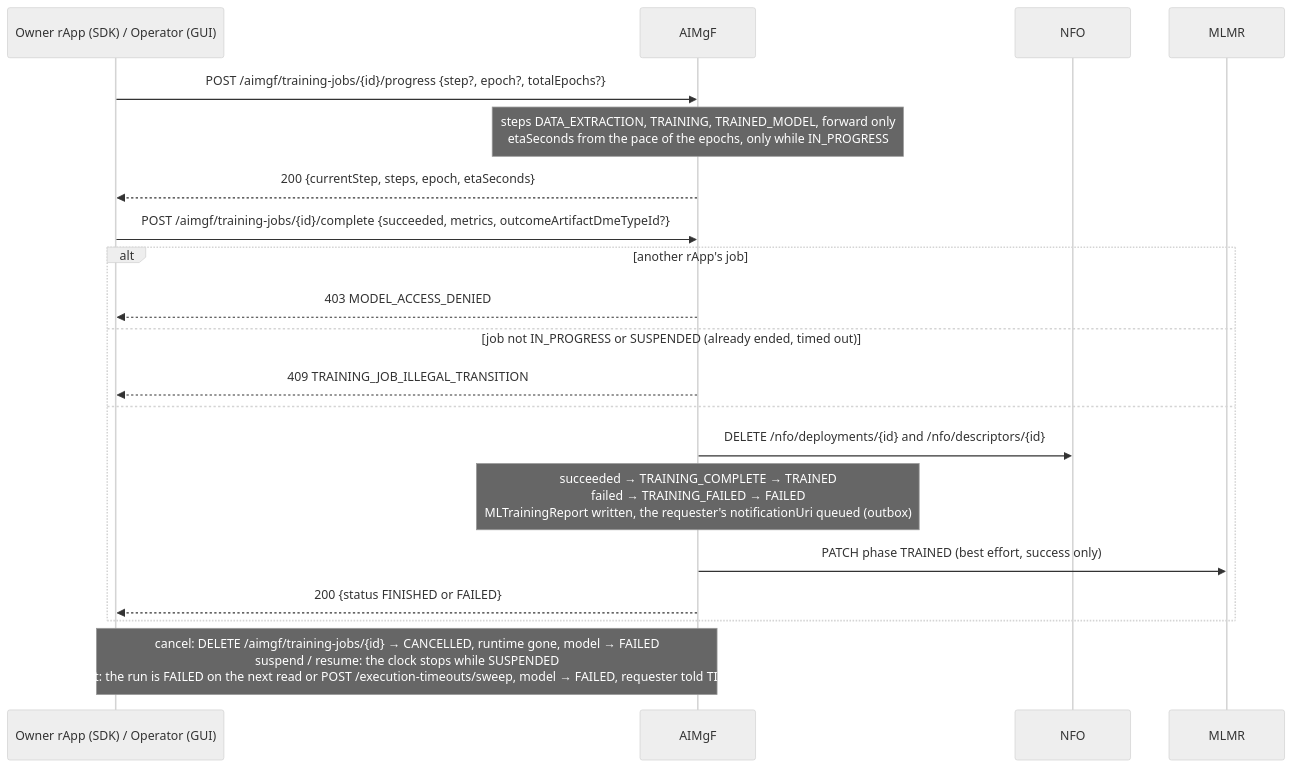
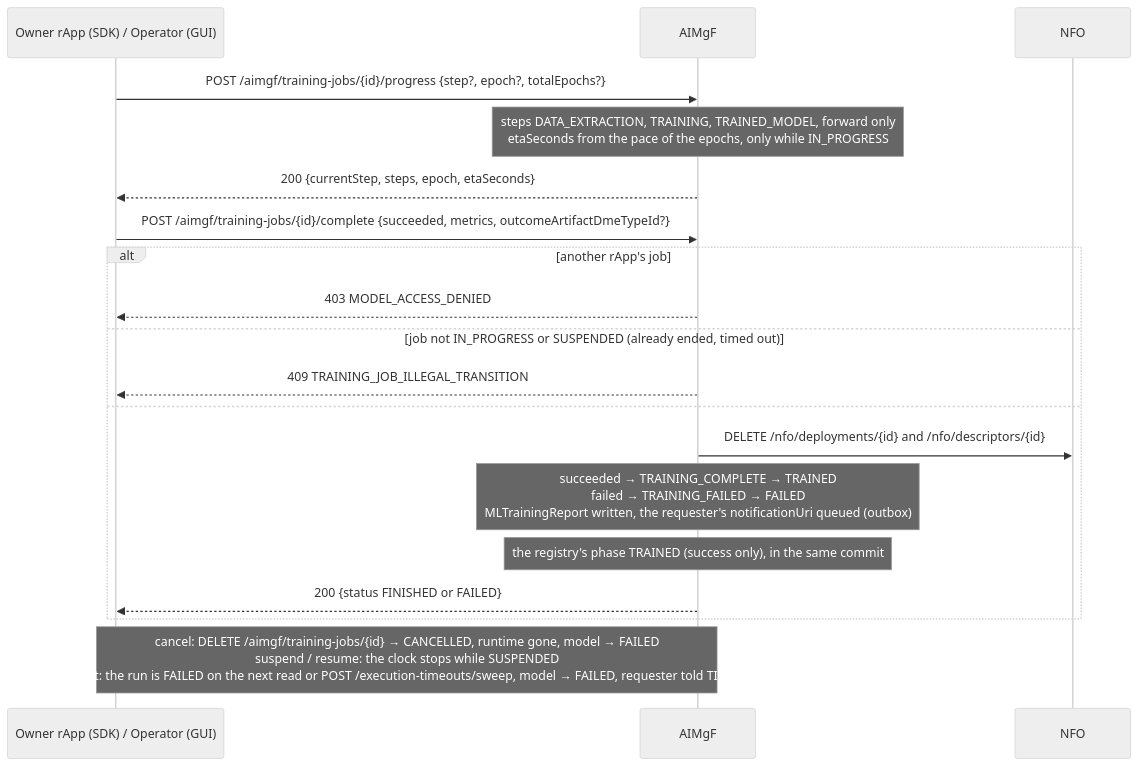
Before and after one commit to rsys-bshankar/ai-ran-smo: the second of 7 diagrams in smo/docs/call-flows/02-aiml-model-train-to-inference.md, drawn with Mermaid (neutral theme). The commit also changed other lines of this file and 265 other files, not shown here.

````diff
--- a/smo/docs/call-flows/02-aiml-model-train-to-inference.md
+++ b/smo/docs/call-flows/02-aiml-model-train-to-inference.md
@@ -97,25 +95,24 @@
 ```mermaid
 sequenceDiagram
     participant R as Owner rApp (SDK) / Operator (GUI)
     participant AIM as AIMgF
     participant NFO as NFO
-    participant MLMR as MLMR
 
     R->>AIM: POST /aimgf/training-jobs/{id}/progress {step?, epoch?, totalEpochs?}
     Note over AIM: steps DATA_EXTRACTION, TRAINING, TRAINED_MODEL, forward only<br/>etaSeconds from the pace of the epochs, only while IN_PROGRESS
     AIM-->>R: 200 {currentStep, steps, epoch, etaSeconds}
 
     R->>AIM: POST /aimgf/training-jobs/{id}/complete {succeeded, metrics, outcomeArtifactDmeTypeId?}
     alt another rApp's job
         AIM-->>R: 403 MODEL_ACCESS_DENIED
     else job not IN_PROGRESS or SUSPENDED (already ended, timed out)
         AIM-->>R: 409 TRAINING_JOB_ILLEGAL_TRANSITION
     else
         AIM->>NFO: DELETE /nfo/deployments/{id} and /nfo/descriptors/{id}
         Note over AIM: succeeded → TRAINING_COMPLETE → TRAINED<br/>failed → TRAINING_FAILED → FAILED<br/>MLTrainingReport written, the requester's notificationUri queued (outbox)
-        AIM->>MLMR: PATCH phase TRAINED (best effort, success only)
+        Note over AIM: the registry's phase TRAINED (success only), in the same commit
         AIM-->>R: 200 {status FINISHED or FAILED}
     end
 
     Note over R,AIM: cancel: DELETE /aimgf/training-jobs/{id} → CANCELLED, runtime gone, model → FAILED<br/>suspend / resume: the clock stops while SUSPENDED<br/>timeout: the run is FAILED on the next read or POST /execution-timeouts/sweep, model → FAILED, requester told TIMEOUT
 ```
````
